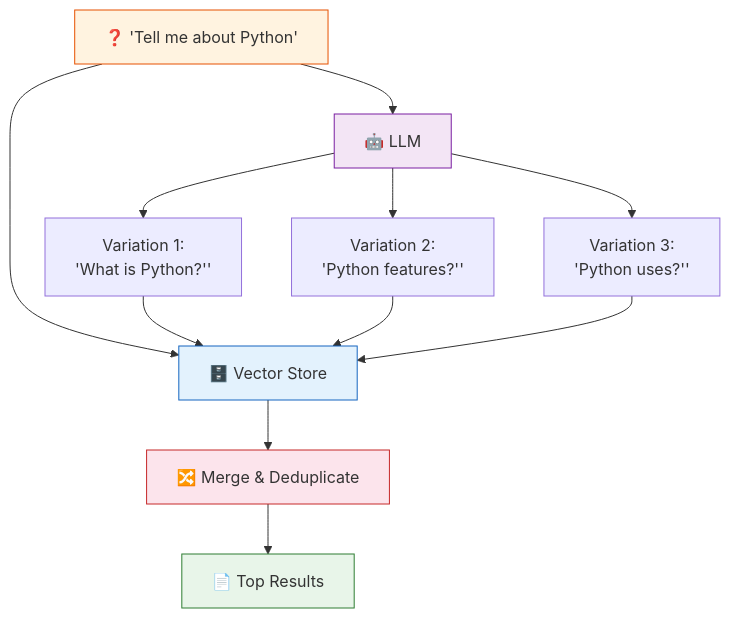
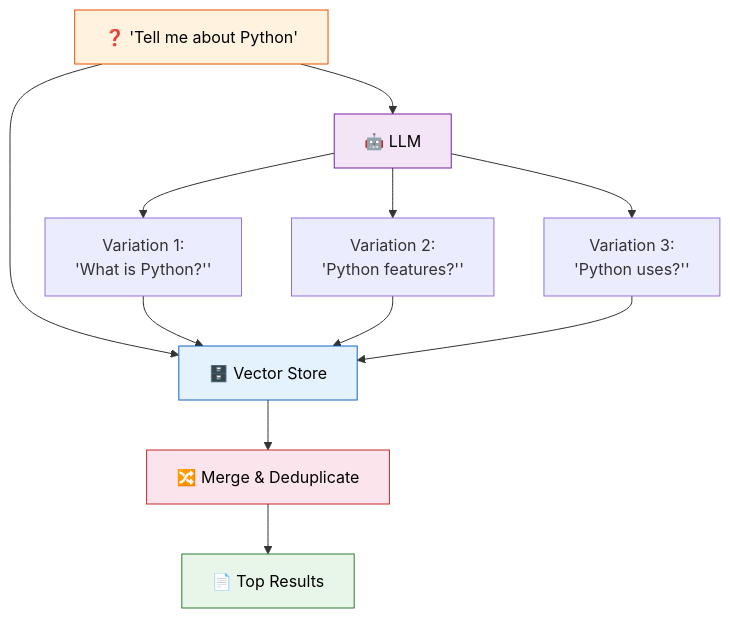
Before and after one commit to remolaan/Agentic-AI-Cookbook: the first of 3 diagrams in 11_advanced_retrieval/README.md, drawn with Mermaid. The commit also changed other lines of this file and 45 other files, not shown here.

Commit message:
Fix Mermaid diagram text colors for readability across all READMEs

````diff
--- a/11_advanced_retrieval/README.md
+++ b/11_advanced_retrieval/README.md
@@ -35,21 +35,21 @@
 ```mermaid
 flowchart TB
     Q["❓ 'Tell me about Python'"] --> LLM["🤖 LLM"]
     LLM --> V1["Variation 1:<br/>'What is Python?''"]
     LLM --> V2["Variation 2:<br/>'Python features?''"]
     LLM --> V3["Variation 3:<br/>'Python uses?''"]
     
     Q --> VS["🗄️ Vector Store"]
     V1 --> VS
     V2 --> VS
     V3 --> VS
     
     VS --> M["🔀 Merge & Deduplicate"]
     M --> R["📄 Top Results"]
     
-    style Q fill:#fff3e0,stroke:#e65100
-    style LLM fill:#f3e5f5,stroke:#7b1fa2
-    style VS fill:#e3f2fd,stroke:#1565c0
-    style M fill:#fce4ec,stroke:#c62828
-    style R fill:#e8f5e9,stroke:#2e7d32
+    style Q fill:#fff3e0,stroke:#e65100,color:#000000
+    style LLM fill:#f3e5f5,stroke:#7b1fa2,color:#000000
+    style VS fill:#e3f2fd,stroke:#1565c0,color:#000000
+    style M fill:#fce4ec,stroke:#c62828,color:#000000
+    style R fill:#e8f5e9,stroke:#2e7d32,color:#000000
 ```
````
